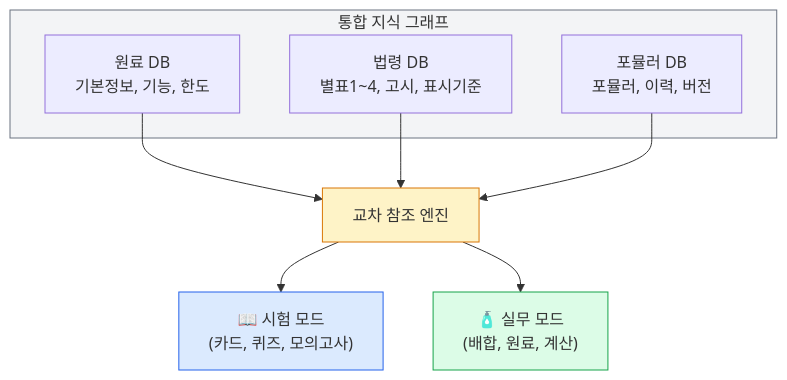
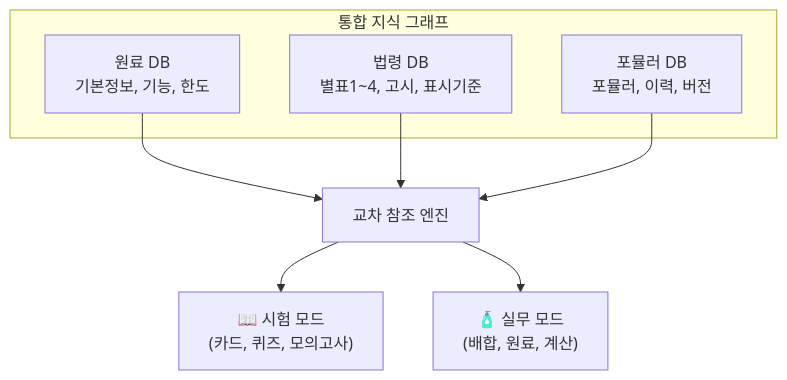
The sixth of 10 diagrams in docs/dev/PASS_TO_PRACTICE_STRATEGY.md (skygoldlee-cyber/Personalized_Skincare), drawn with Mermaid before and after one commit. The commit also changed other lines of this file and 1 other file, not shown here.

First line of the commit message:
docs: Mermaid 다크모드 대비 문제 해결 — style 지시자 제거

````diff
--- a/docs/dev/PASS_TO_PRACTICE_STRATEGY.md
+++ b/docs/dev/PASS_TO_PRACTICE_STRATEGY.md
@@ -326,18 +319,14 @@
 ```mermaid
 flowchart TD
     subgraph DB ["통합 지식 그래프"]
         R["원료 DB<br/>기본정보, 기능, 한도"]
         L["법령 DB<br/>별표1~4, 고시, 표시기준"]
         F["포뮬러 DB<br/>포뮬러, 이력, 버전"]
     end
     R --> X["교차 참조 엔진"]
     L --> X
     F --> X
     X --> EXAM["📖 시험 모드<br/>(카드, 퀴즈, 모의고사)"]
     X --> PRACTICE["🧴 실무 모드<br/>(배합, 원료, 계산)"]
 
-    style DB fill:#f3f4f6,stroke:#6b7280
-    style X fill:#fef3c7,stroke:#d97706
-    style EXAM fill:#dbeafe,stroke:#2563eb
-    style PRACTICE fill:#dcfce7,stroke:#16a34a
 ```
````
